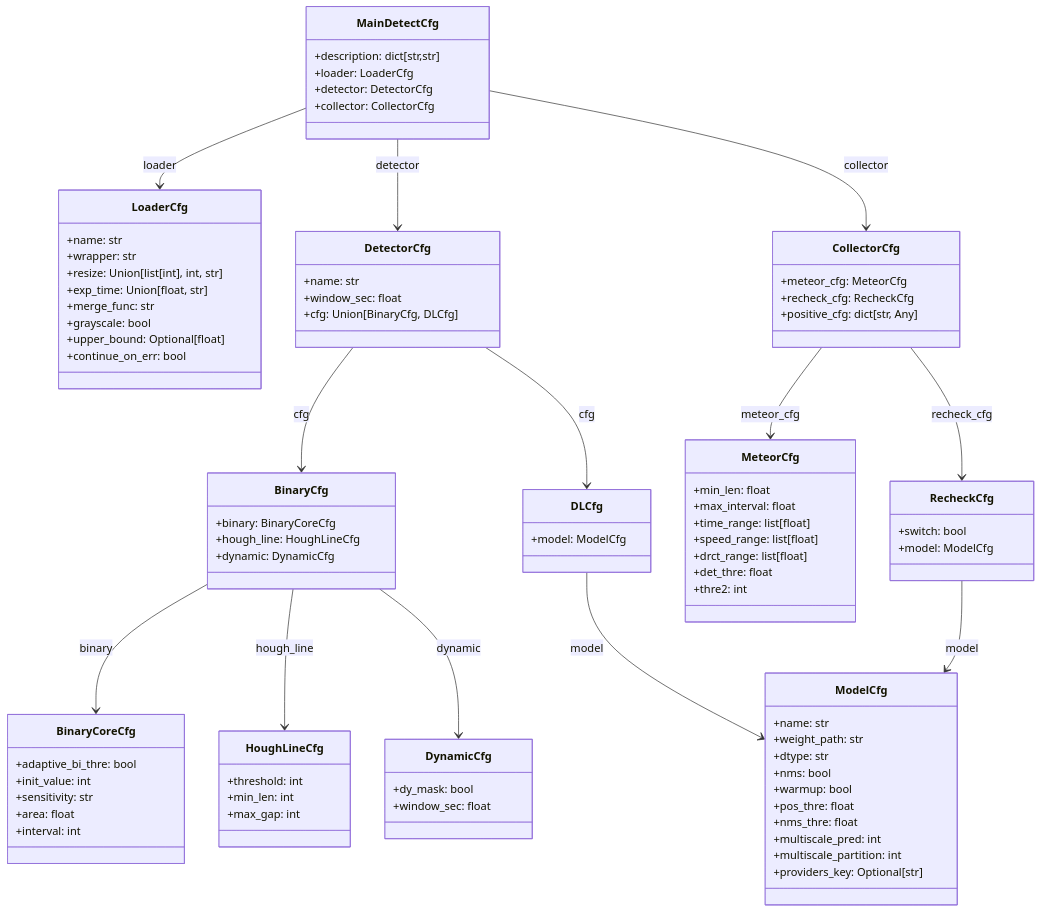
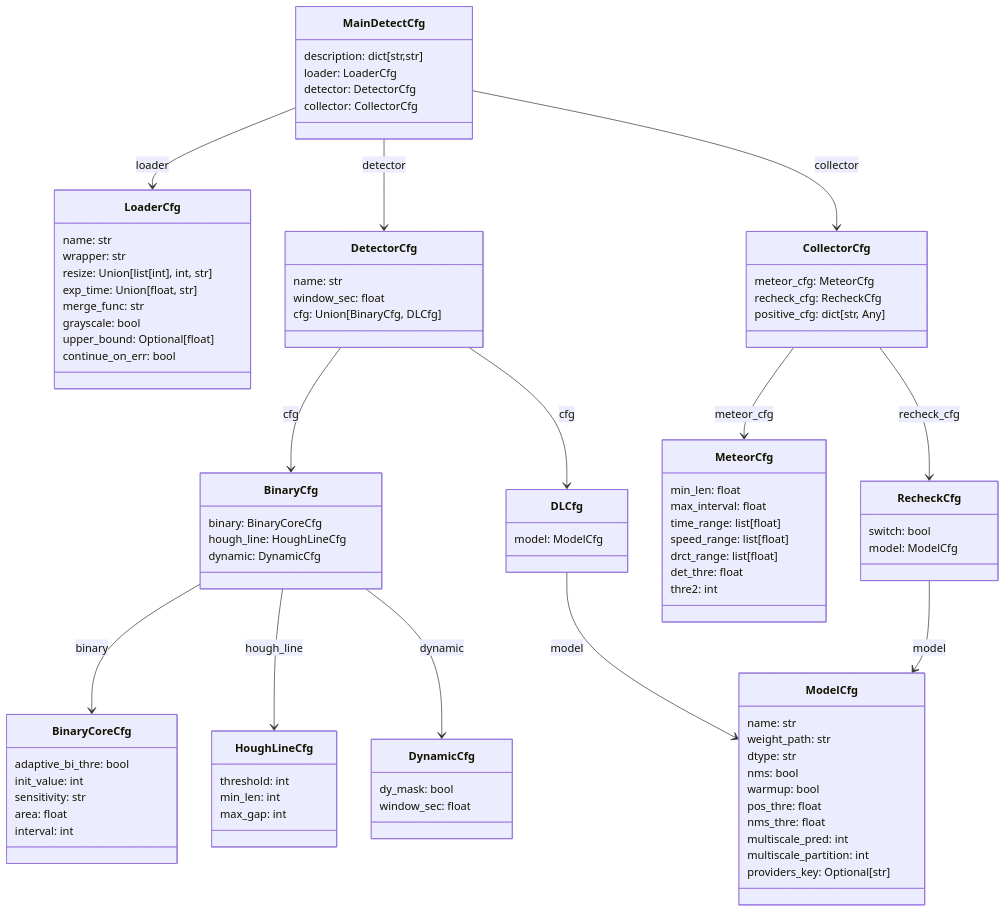
Before and after one commit to LilacMeteorObservatory/MetDetPy: the first of 2 diagrams in docs/config-doc-cn.md, drawn with Mermaid. The commit also changed other lines of this file and 2 other files, not shown here.

Commit message:
doc and todo update
x

```diff
--- a/docs/config-doc-cn.md
+++ b/docs/config-doc-cn.md
@@ -20,90 +25,90 @@
 classDiagram
 
 class LoaderCfg {
-    +name: str
-    +wrapper: str
-    +resize: Union[list[int], int, str]
-    +exp_time: Union[float, str]
-    +merge_func: str
-    +grayscale: bool
-    +upper_bound: Optional[float]
-    +continue_on_err: bool
+    name: str
+    wrapper: str
+    resize: Union[list[int], int, str]
+    exp_time: Union[float, str]
+    merge_func: str
+    grayscale: bool
+    upper_bound: Optional[float]
+    continue_on_err: bool
 }
 
 class ModelCfg {
-    +name: str
-    +weight_path: str
-    +dtype: str
-    +nms: bool
-    +warmup: bool
-    +pos_thre: float
-    +nms_thre: float
-    +multiscale_pred: int
-    +multiscale_partition: int
-    +providers_key: Optional[str]
+    name: str
+    weight_path: str
+    dtype: str
+    nms: bool
+    warmup: bool
+    pos_thre: float
+    nms_thre: float
+    multiscale_pred: int
+    multiscale_partition: int
+    providers_key: Optional[str]
 }
 
 class BinaryCoreCfg {
-    +adaptive_bi_thre: bool
-    +init_value: int
-    +sensitivity: str
-    +area: float
-    +interval: int
+    adaptive_bi_thre: bool
+    init_value: int
+    sensitivity: str
+    area: float
+    interval: int
 }
 
 class HoughLineCfg {
-    +threshold: int
-    +min_len: int
-    +max_gap: int
+    threshold: int
+    min_len: int
+    max_gap: int
 }
 
 class DynamicCfg {
-    +dy_mask: bool
-    +window_sec: float
+    dy_mask: bool
+    window_sec: float
 }
 
 class BinaryCfg {
-    +binary: BinaryCoreCfg
-    +hough_line: HoughLineCfg
-    +dynamic: DynamicCfg
+    binary: BinaryCoreCfg
+    hough_line: HoughLineCfg
+    dynamic: DynamicCfg
 }
 
 class DLCfg {
-    +model: ModelCfg
+    model: ModelCfg
 }
 
 class DetectorCfg {
-    +name: str
-    +window_sec: float
-    +cfg: Union[BinaryCfg, DLCfg]
+    name: str
+    window_sec: float
+    cfg: Union[BinaryCfg, DLCfg]
 }
 
 class MeteorCfg {
-    +min_len: float
-    +max_interval: float
-    +time_range: list[float]
-    +speed_range: list[float]
-    +drct_range: list[float]
-    +det_thre: float
-    +thre2: int
+    min_len: float
+    max_interval: float
+    time_range: list[float]
+    speed_range: list[float]
+    drct_range: list[float]
+    det_thre: float
+    thre2: int
 }
 
 class RecheckCfg {
-    +switch: bool
-    +model: ModelCfg
+    switch: bool
+    model: ModelCfg
 }
 
 class CollectorCfg {
-    +meteor_cfg: MeteorCfg
-    +recheck_cfg: RecheckCfg
-    +positive_cfg: dict[str, Any]
+    meteor_cfg: MeteorCfg
+    recheck_cfg: RecheckCfg
+    positive_cfg: dict[str, Any]
 }
 
 class MainDetectCfg {
-    +description: dict[str,str]
-    +loader: LoaderCfg
-    +detector: DetectorCfg
-    +collector: CollectorCfg
+    description: dict[str,str]
+    loader: LoaderCfg
+    detector: DetectorCfg
+    collector: CollectorCfg
 }
 
 MainDetectCfg --> LoaderCfg : loader
```
